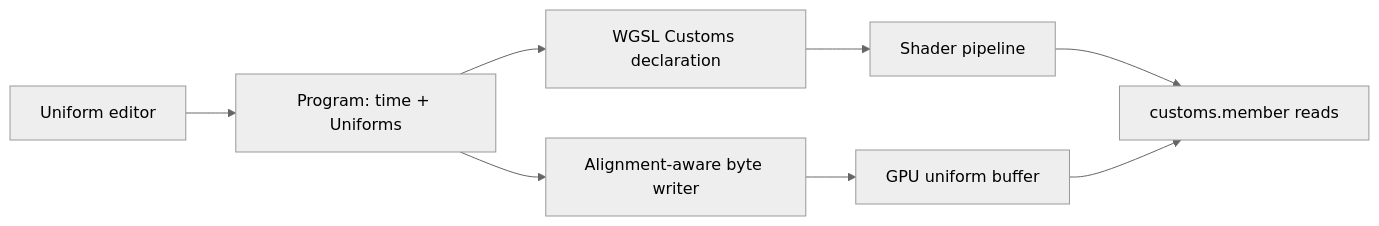
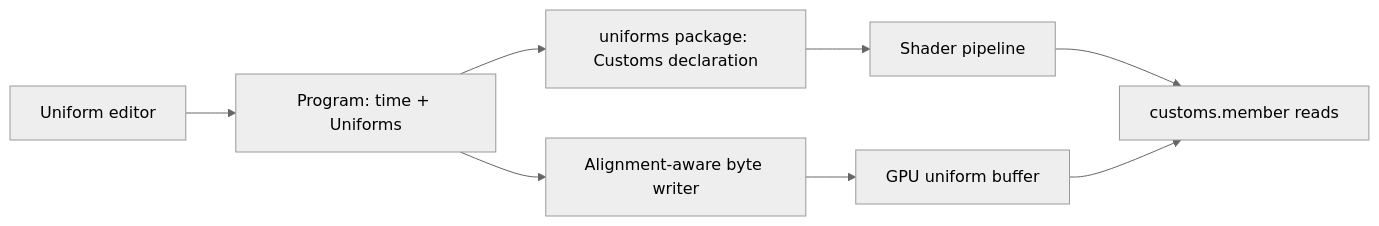
One commit to NickelWenzel/bulin changed the diagram in docs/architecture/uniform-buffer-layout.md. Above: the diagram before and after it, drawn with Mermaid (neutral theme). The commit also changed other lines of this file and 16 other files, not shown here.

````diff
--- a/docs/architecture/uniform-buffer-layout.md
+++ b/docs/architecture/uniform-buffer-layout.md
@@ -15,10 +15,10 @@
 ```mermaid
 flowchart LR
     Editor[Uniform editor] --> Types["Program: time + Uniforms"]
-    Types --> Declaration[WGSL Customs declaration]
+    Types --> Declaration["uniforms package: Customs declaration"]
     Types --> Layout[Alignment-aware byte writer]
     Declaration --> Pipeline[Shader pipeline]
     Layout --> Buffer[GPU uniform buffer]
     Pipeline --> Read[customs.member reads]
     Buffer --> Read
 ```
````
